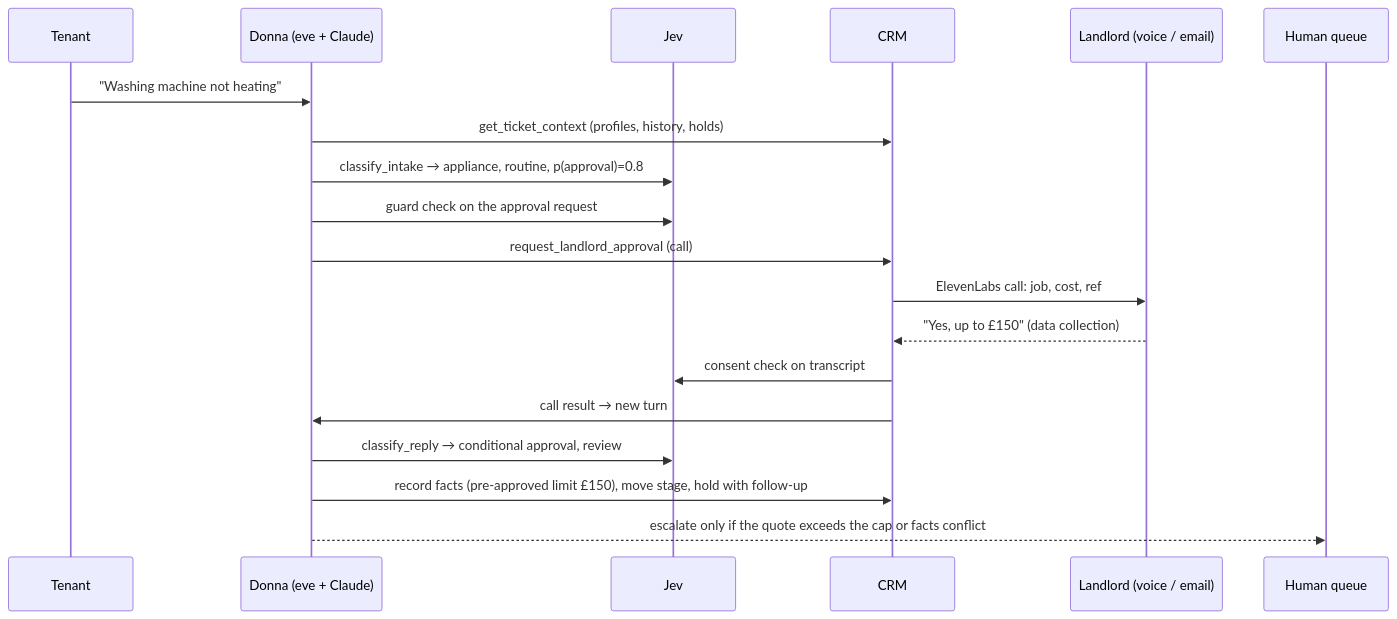
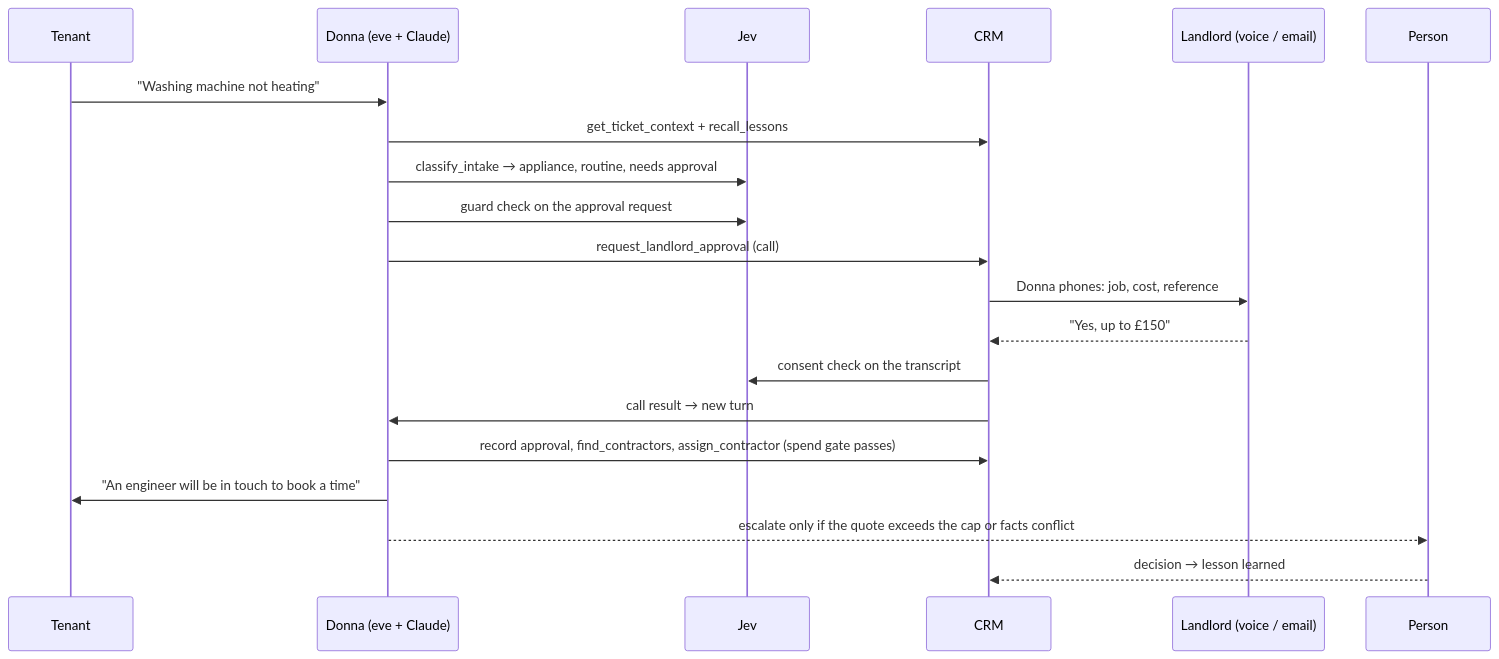
The second of 2 diagrams in README.md (esh1306/askDonna), drawn with Mermaid before and after one commit. The commit also changed other lines of this file, not shown here.

````diff
--- a/README.md
+++ b/README.md
@@ -90,22 +84,23 @@
 ```mermaid
 sequenceDiagram
     participant T as Tenant
     participant D as Donna (eve + Claude)
     participant J as Jev
     participant C as CRM
     participant L as Landlord (voice / email)
-    participant H as Human queue
+    participant H as Person
 
     T->>D: "Washing machine not heating"
-    D->>C: get_ticket_context (profiles, history, holds)
-    D->>J: classify_intake → appliance, routine, p(approval)=0.8
+    D->>C: get_ticket_context + recall_lessons
+    D->>J: classify_intake → appliance, routine, needs approval
     D->>J: guard check on the approval request
     D->>C: request_landlord_approval (call)
-    C->>L: ElevenLabs call: job, cost, ref
-    L-->>C: "Yes, up to £150" (data collection)
-    C->>J: consent check on transcript
+    C->>L: Donna phones: job, cost, reference
+    L-->>C: "Yes, up to £150"
+    C->>J: consent check on the transcript
     C->>D: call result → new turn
-    D->>J: classify_reply → conditional approval, review
-    D->>C: record facts (pre-approved limit £150), move stage, hold with follow-up
+    D->>C: record approval, find_contractors, assign_contractor (spend gate passes)
+    D->>T: "An engineer will be in touch to book a time"
     D-->>H: escalate only if the quote exceeds the cap or facts conflict
+    H-->>C: decision → lesson learned
 ```
````
